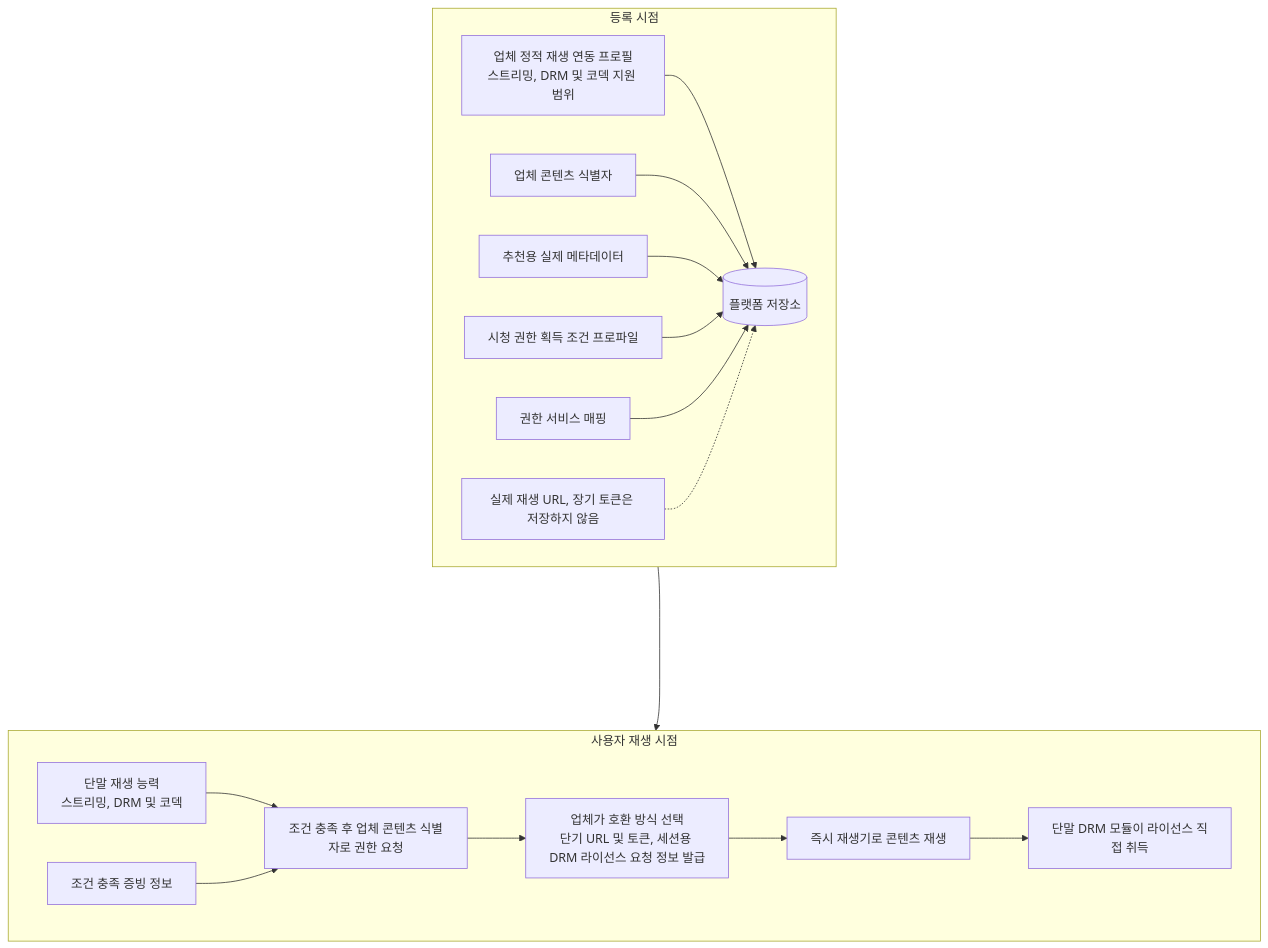
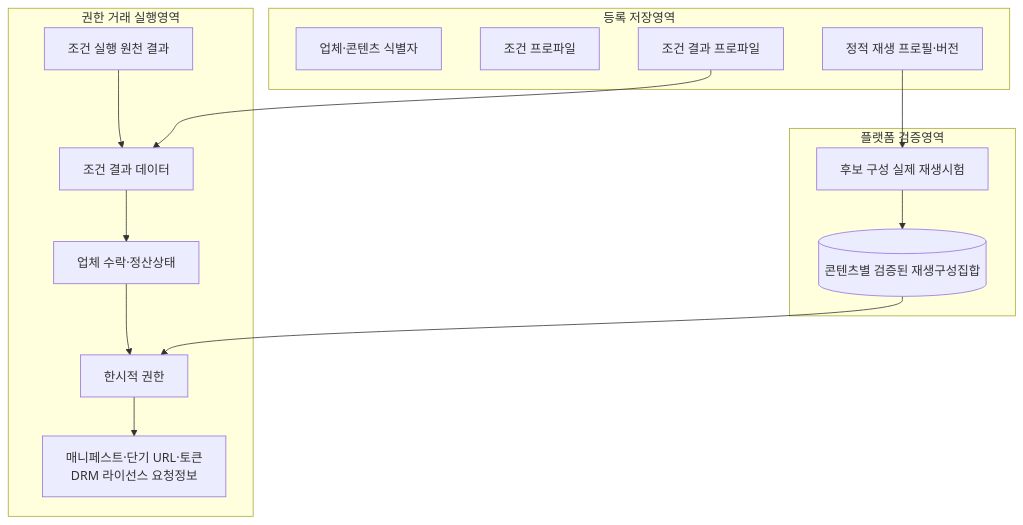
One commit to growdai1y/instant-play changed diagram 12 of 14 in instant_play_직무발명서.md. Above: the diagram before and after it, drawn with Mermaid. The commit also changed other lines of this file and 1 other file, not shown here.

Commit message:
Refine Instant Play patent disclosure and review

````diff
--- a/instant_play_직무발명서.md
+++ b/instant_play_직무발명서.md
@@ -1241,37 +1343,28 @@
 ```mermaid
 flowchart TB
-    TOP_RIGHT[" "]:::hidden
-    BOTTOM_LEFT[" "]:::hidden
-
-    subgraph REGISTER["등록 시점"]
-        direction LR
-        PROFILE["업체 정적 재생 연동 프로필<br/>스트리밍, DRM 및 코덱 지원 범위"]
-        ID["업체 콘텐츠 식별자"]
-        META["추천용 실제 메타데이터"]
-        COND["시청 권한 획득 조건 프로파일"]
-        MAP["권한 서비스 매핑"]
-        NOURL["실제 재생 URL, 장기 토큰은 저장하지 않음"]
-        PROFILE --> STORE[("플랫폼 저장소")]
-        ID --> STORE
-        META --> STORE
-        COND --> STORE
-        MAP --> STORE
-        NOURL -.-> STORE
+    subgraph STATIC["등록 저장영역"]
+        A["업체·콘텐츠 식별자"]
+        B["조건 프로파일"]
+        C["조건 결과 프로파일"]
+        D["정적 재생 프로필·버전"]
     end
 
-    subgraph RUNTIME["사용자 재생 시점"]
-        direction LR
-        CAP["단말 재생 능력<br/>스트리밍, DRM 및 코덱"] --> REQUEST["조건 충족 후 업체 콘텐츠 식별자로 권한 요청"]
-        CONDITION["조건 충족 증빙 정보"] --> REQUEST
-        REQUEST --> RESPONSE["업체가 호환 방식 선택<br/>단기 URL 및 토큰, 세션용 DRM 라이선스 요청 정보 발급"]
-        RESPONSE --> PLAY["즉시 재생기로 콘텐츠 재생"]
-        PLAY --> LICENSE["단말 DRM 모듈이 라이선스 직접 취득"]
+    subgraph VERIFIED["플랫폼 검증영역"]
+        E["후보 구성 실제 재생시험"]
+        F[("콘텐츠별 검증된 재생구성집합")]
+        E --> F
     end
 
-    REGISTER ~~~ TOP_RIGHT
-    TOP_RIGHT ~~~ BOTTOM_LEFT
-    BOTTOM_LEFT ~~~ RUNTIME
-    STORE --> REQUEST
+    subgraph DYNAMIC["권한 거래 실행영역"]
+        G["조건 실행 원천 결과"]
+        H["조건 결과 데이터"]
+        I["업체 수락·정산상태"]
+        J["한시적 권한"]
+        K["매니페스트·단기 URL·토큰<br/>DRM 라이선스 요청정보"]
+        G --> H --> I --> J --> K
+    end
 
-    classDef hidden fill:transparent,stroke:transparent,color:transparent;
+    D --> E
+    C --> H
+    F --> J
 ```
````
